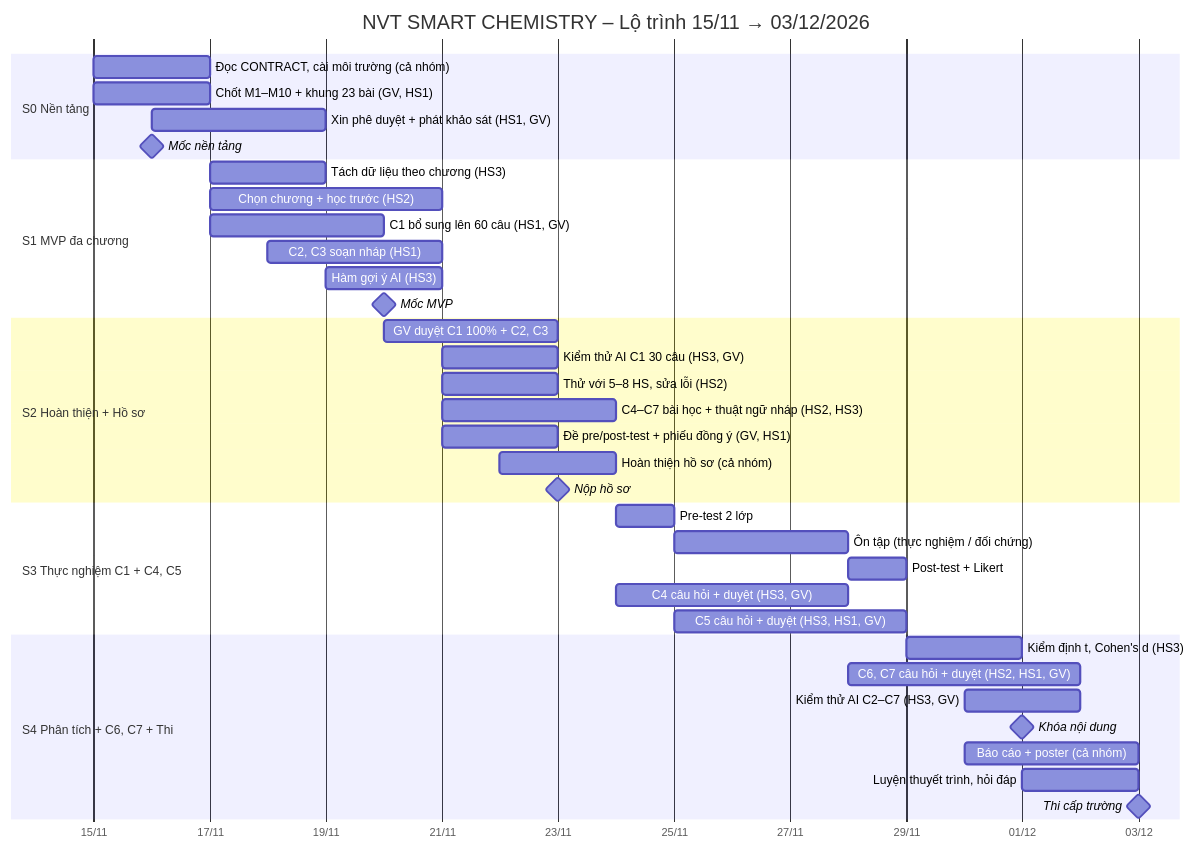
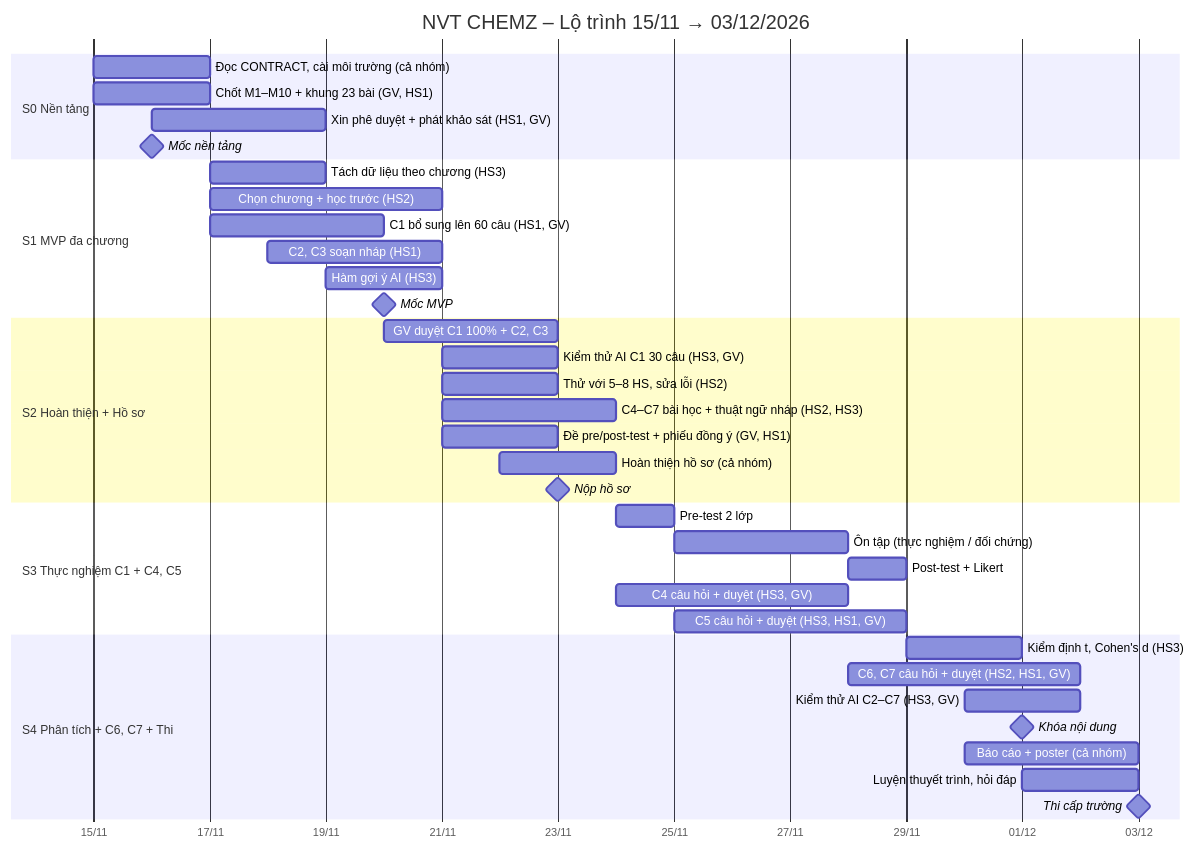
One commit to tantruongg23/nvt-chemz changed the diagram in docs/management/ROADMAP.md. Above: the diagram before and after it, drawn with Mermaid. The commit also changed 29 other files, not shown here.

````diff
--- a/docs/management/ROADMAP.md
+++ b/docs/management/ROADMAP.md
@@ -24,45 +24,45 @@
 ```mermaid
 gantt
-    title NVT SMART CHEMISTRY – Lộ trình 15/11 → 03/12/2026
+    title NVT CHEMZ – Lộ trình 15/11 → 03/12/2026
     dateFormat  YYYY-MM-DD
     axisFormat  %d/%m
 
     section S0 Nền tảng
     Đọc CONTRACT, cài môi trường (cả nhóm)      :s0a, 2026-11-15, 2d
     Chốt M1–M10 + khung 23 bài (GV, HS1)        :s0b, 2026-11-15, 2d
     Xin phê duyệt + phát khảo sát (HS1, GV)     :s0c, 2026-11-16, 3d
     Mốc nền tảng                                :milestone, m1, 2026-11-16, 0d
 
     section S1 MVP đa chương
     Tách dữ liệu theo chương (HS3)              :s1a, 2026-11-17, 2d
     Chọn chương + học trước (HS2)               :s1b, 2026-11-17, 4d
     C1 bổ sung lên 60 câu (HS1, GV)             :s1c, 2026-11-17, 3d
     C2, C3 soạn nháp (HS1)                      :s1d, 2026-11-18, 3d
     Hàm gợi ý AI (HS3)                          :s1e, 2026-11-19, 2d
     Mốc MVP                                     :milestone, m2, 2026-11-20, 0d
 
     section S2 Hoàn thiện + Hồ sơ
     GV duyệt C1 100% + C2, C3                   :s2a, 2026-11-20, 3d
     Kiểm thử AI C1 30 câu (HS3, GV)             :s2b, 2026-11-21, 2d
     Thử với 5–8 HS, sửa lỗi (HS2)               :s2c, 2026-11-21, 2d
     C4–C7 bài học + thuật ngữ nháp (HS2, HS3)   :s2d, 2026-11-21, 3d
     Đề pre/post-test + phiếu đồng ý (GV, HS1)   :s2e, 2026-11-21, 2d
     Hoàn thiện hồ sơ (cả nhóm)                  :s2f, 2026-11-22, 2d
     Nộp hồ sơ                                   :milestone, m3, 2026-11-23, 0d
 
     section S3 Thực nghiệm C1 + C4, C5
     Pre-test 2 lớp                              :s3a, 2026-11-24, 1d
     Ôn tập (thực nghiệm / đối chứng)            :s3b, 2026-11-25, 3d
     Post-test + Likert                          :s3c, 2026-11-28, 1d
     C4 câu hỏi + duyệt (HS3, GV)                :s3d, 2026-11-24, 4d
     C5 câu hỏi + duyệt (HS3, HS1, GV)           :s3e, 2026-11-25, 4d
 
     section S4 Phân tích + C6, C7 + Thi
     Kiểm định t, Cohen's d (HS3)                :s4a, 2026-11-29, 2d
     C6, C7 câu hỏi + duyệt (HS2, HS1, GV)       :s4b, 2026-11-28, 4d
     Kiểm thử AI C2–C7 (HS3, GV)                 :s4c, 2026-11-30, 2d
     Khóa nội dung                               :milestone, m5, 2026-12-01, 0d
     Báo cáo + poster (cả nhóm)                  :s4d, 2026-11-30, 3d
     Luyện thuyết trình, hỏi đáp                 :s4e, 2026-12-01, 2d
     Thi cấp trường                              :milestone, m6, 2026-12-03, 0d
 ```
````
